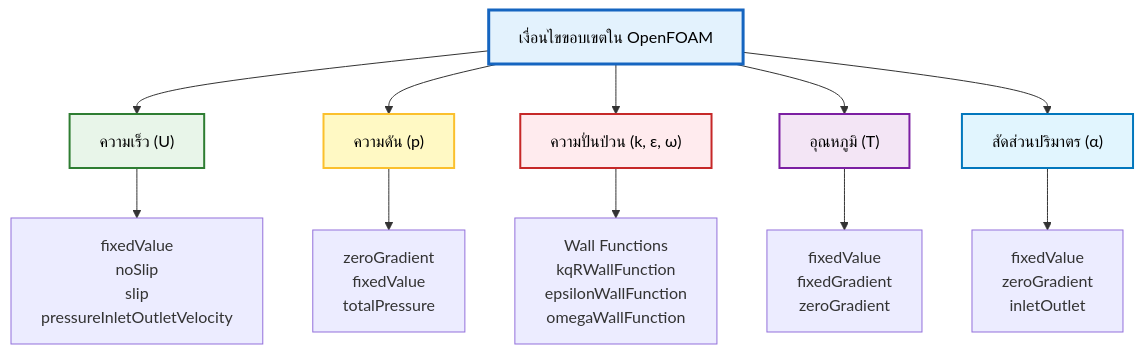
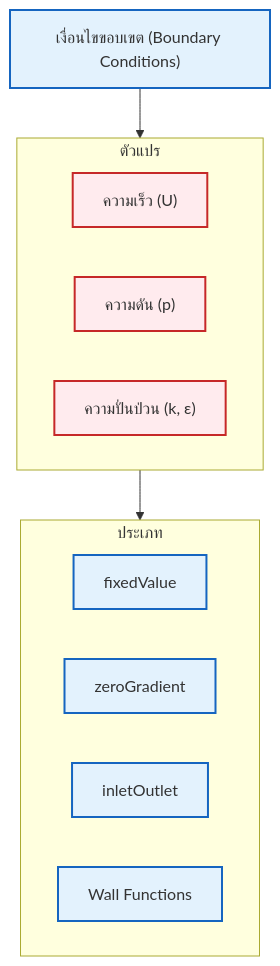
Before and after one commit to wramet/build-my-cfd: the first of 3 diagrams in MODULE_01_CFD_FUNDAMENTALS/CONTENT/03_BOUNDARY_CONDITIONS/05_Common_Boundary_Conditions_in_OpenFOAM.md, drawn with Mermaid. The commit also changed other lines of this file and 313 other files, not shown here.

Commit message:
Revise all diagram

````diff
--- a/MODULE_01_CFD_FUNDAMENTALS/CONTENT/03_BOUNDARY_CONDITIONS/05_Common_Boundary_Conditions_in_OpenFOAM.md
+++ b/MODULE_01_CFD_FUNDAMENTALS/CONTENT/03_BOUNDARY_CONDITIONS/05_Common_Boundary_Conditions_in_OpenFOAM.md
@@ -9,26 +9,21 @@
 ```mermaid
 graph TD
-    A["เงื่อนไขขอบเขตใน OpenFOAM"] --> B["ความเร็ว (U)"]
-    A --> C["ความดัน (p)"]
-    A --> D["ความปั่นป่วน (k, ε, ω)"]
-    A --> E["อุณหภูมิ (T)"]
-    A --> F["สัดส่วนปริมาตร (α)"]
-
-    B --> B1["fixedValue<br/>noSlip<br/>slip<br/>pressureInletOutletVelocity"]
-    C --> C1["zeroGradient<br/>fixedValue<br/>totalPressure"]
-    D --> D1["Wall Functions<br/>kqRWallFunction<br/>epsilonWallFunction<br/>omegaWallFunction"]
-    E --> E1["fixedValue<br/>fixedGradient<br/>zeroGradient"]
-    F --> F1["fixedValue<br/>zeroGradient<br/>inletOutlet"]
-
-    style A fill:#e3f2fd,stroke:#1565c0,stroke-width:3px,color:#000
-    style B fill:#e8f5e9,stroke:#2e7d32,stroke-width:2px,color:#000
-    style C fill:#fff9c4,stroke:#fbc02d,stroke-width:2px,color:#000
-    style D fill:#ffebee,stroke:#c62828,stroke-width:2px,color:#000
-    style E fill:#f3e5f5,stroke:#7b1fa2,stroke-width:2px,color:#000
-    style F fill:#e1f5fe,stroke:#0277bd,stroke-width:2px,color:#000
-
-    classDef process fill:#e3f2fd,stroke:#1565c0,stroke-width:2px,color:#000;
-    classDef decision fill:#fff9c4,stroke:#fbc02d,stroke-width:2px,color:#000;
-    classDef terminator fill:#ffebee,stroke:#c62828,stroke-width:2px,color:#000;
-    classDef storage fill:#e8f5e9,stroke:#2e7d32,stroke-width:2px,color:#000;
+%% Thai BCs
+Root["เงื่อนไขขอบเขต (Boundary Conditions)"]:::implicit
+subgraph Variables ["ตัวแปร"]
+U["ความเร็ว (U)"]:::explicit
+P["ความดัน (p)"]:::explicit
+Turb["ความปั่นป่วน (k, ε)"]:::explicit
+end
+subgraph Types ["ประเภท"]
+FV["fixedValue"]:::implicit
+ZG["zeroGradient"]:::implicit
+IO["inletOutlet"]:::implicit
+WF["Wall Functions"]:::implicit
+end
+Root --> Variables
+Variables --> Types
+%% Classes
+classDef implicit fill:#e3f2fd,stroke:#1565c0,stroke-width:2px;
+classDef explicit fill:#ffebee,stroke:#c62828,stroke-width:2px;
 ```
````
